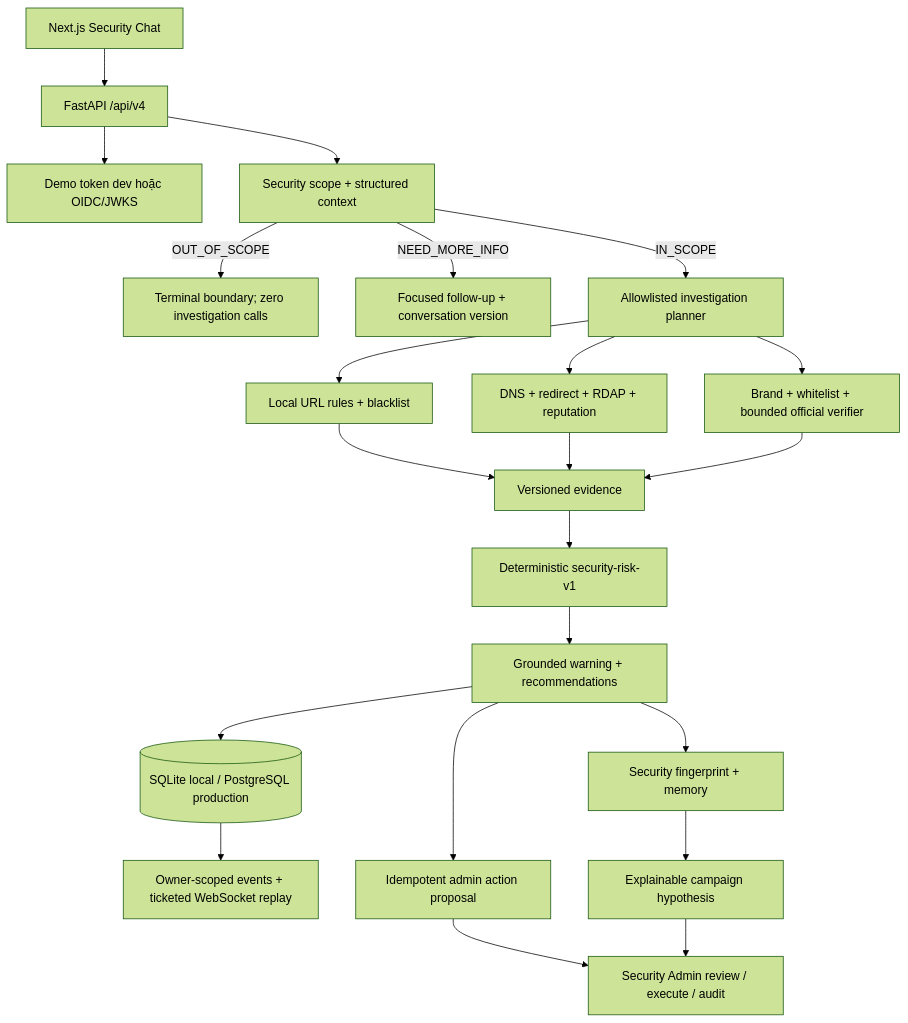
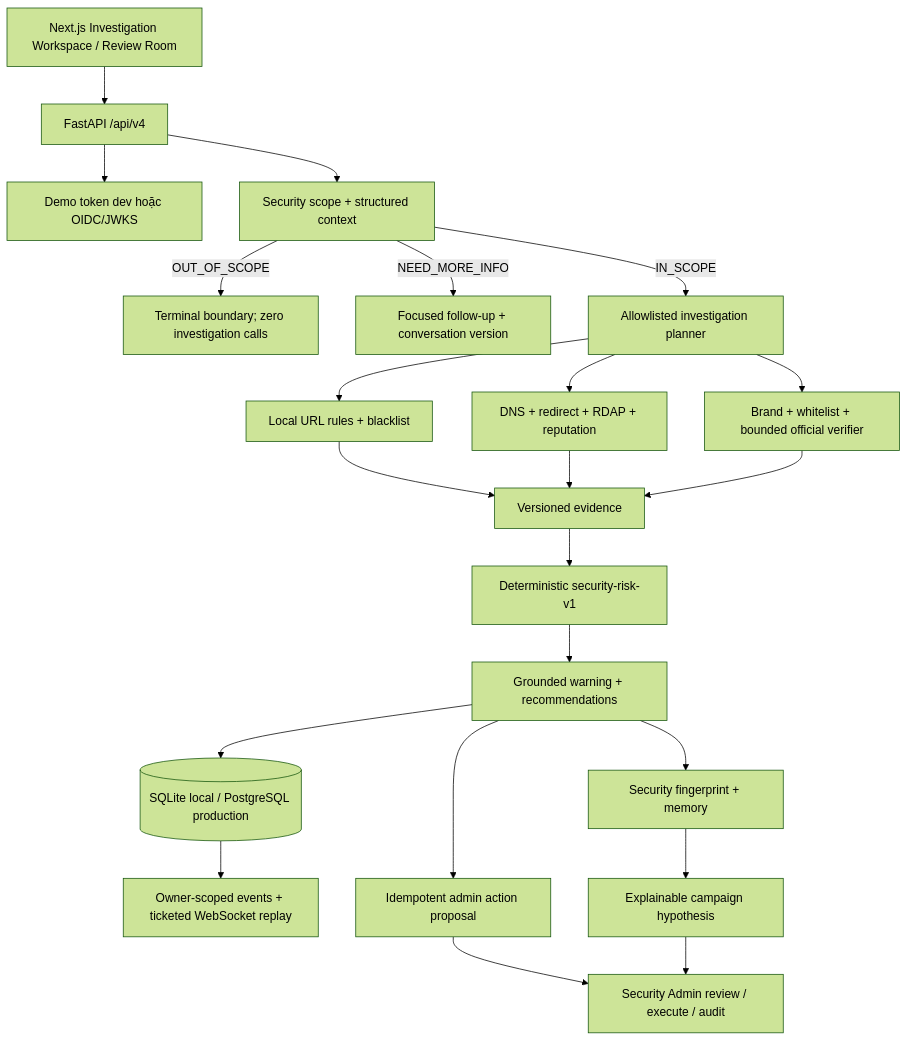
Before and after one commit to Binhdn04/TrustGuard-AI: the diagram in docs/01-ARCHITECTURE.md, drawn with Mermaid (forest theme). The commit also changed other lines of this file and 125 other files, not shown here.

````diff
--- a/docs/01-ARCHITECTURE.md
+++ b/docs/01-ARCHITECTURE.md
@@ -20,24 +21,24 @@
 ```mermaid
 flowchart TD
-    UI[Next.js Security Chat] --> API[FastAPI /api/v4]
+    UI[Next.js Investigation Workspace / Review Room] --> API[FastAPI /api/v4]
     API --> Auth[Demo token dev hoặc OIDC/JWKS]
     API --> Scope[Security scope + structured context]
     Scope -->|OUT_OF_SCOPE| Boundary[Terminal boundary; zero investigation calls]
     Scope -->|NEED_MORE_INFO| FollowUp[Focused follow-up + conversation version]
     Scope -->|IN_SCOPE| Planner[Allowlisted investigation planner]
     Planner --> Local[Local URL rules + blacklist]
     Planner --> External[DNS + redirect + RDAP + reputation]
     Planner --> Trust[Brand + whitelist + bounded official verifier]
     Local --> Evidence[Versioned evidence]
     External --> Evidence
     Trust --> Evidence
     Evidence --> Risk[Deterministic security-risk-v1]
     Risk --> Result[Grounded warning + recommendations]
     Result --> Store[(SQLite local / PostgreSQL production)]
     Store --> Events[Owner-scoped events + ticketed WebSocket replay]
     Result --> HITL[Idempotent admin action proposal]
     Result --> Memory[Security fingerprint + memory]
     Memory --> Campaign[Explainable campaign hypothesis]
     HITL --> Admin[Security Admin review / execute / audit]
     Campaign --> Admin
 ```
````
